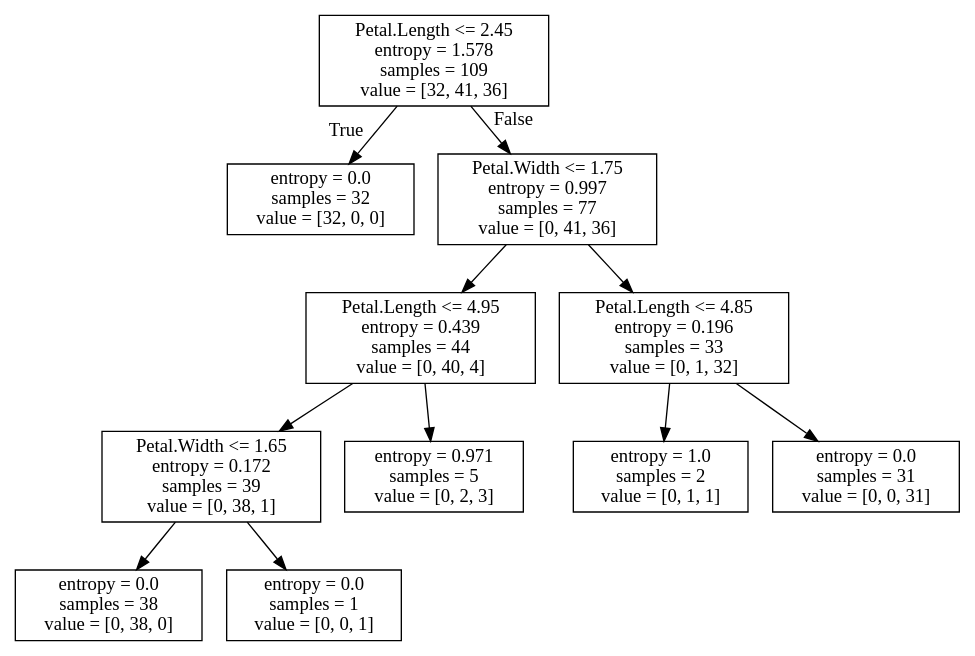
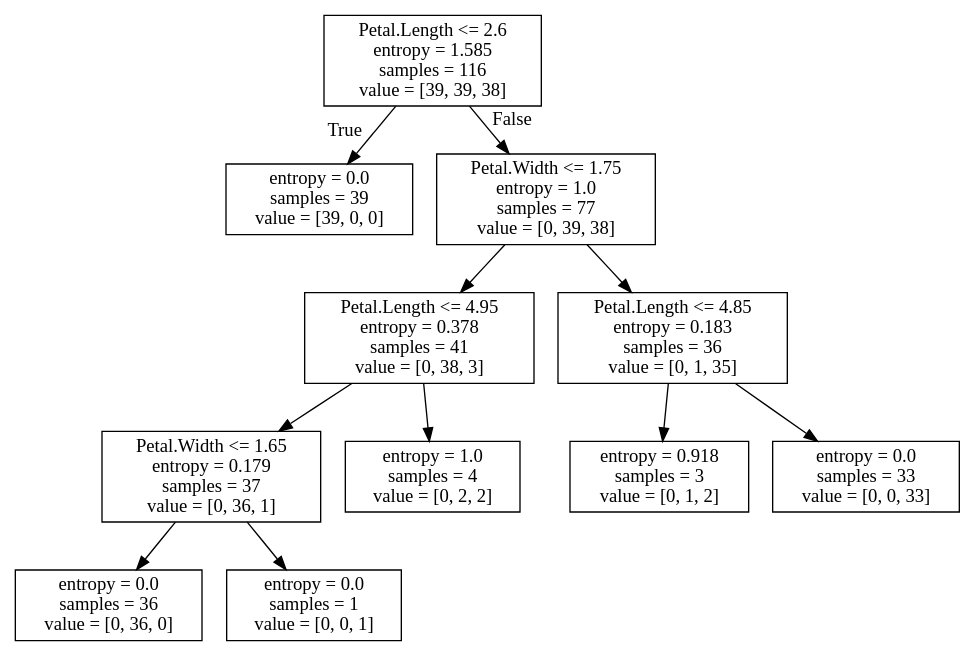
The diagram in resources/iris_tree.dot (jorgealbertogomezgomez77/Work-with-Jupyter-Notebook), drawn with Graphviz before and after one commit.

```diff
--- a/resources/iris_tree.dot
+++ b/resources/iris_tree.dot
@@ -1,24 +1,24 @@
 digraph Tree {
 node [shape=box] ;
-0 [label="Petal.Length <= 2.45\nentropy = 1.578\nsamples = 109\nvalue = [32, 41, 36]"] ;
-1 [label="entropy = 0.0\nsamples = 32\nvalue = [32, 0, 0]"] ;
+0 [label="Petal.Length <= 2.6\nentropy = 1.585\nsamples = 116\nvalue = [39, 39, 38]"] ;
+1 [label="entropy = 0.0\nsamples = 39\nvalue = [39, 0, 0]"] ;
 0 -> 1 [labeldistance=2.5, labelangle=45, headlabel="True"] ;
-2 [label="Petal.Width <= 1.75\nentropy = 0.997\nsamples = 77\nvalue = [0, 41, 36]"] ;
+2 [label="Petal.Width <= 1.75\nentropy = 1.0\nsamples = 77\nvalue = [0, 39, 38]"] ;
 0 -> 2 [labeldistance=2.5, labelangle=-45, headlabel="False"] ;
-3 [label="Petal.Length <= 4.95\nentropy = 0.439\nsamples = 44\nvalue = [0, 40, 4]"] ;
+3 [label="Petal.Length <= 4.95\nentropy = 0.378\nsamples = 41\nvalue = [0, 38, 3]"] ;
 2 -> 3 ;
-4 [label="Petal.Width <= 1.65\nentropy = 0.172\nsamples = 39\nvalue = [0, 38, 1]"] ;
+4 [label="Petal.Width <= 1.65\nentropy = 0.179\nsamples = 37\nvalue = [0, 36, 1]"] ;
 3 -> 4 ;
-5 [label="entropy = 0.0\nsamples = 38\nvalue = [0, 38, 0]"] ;
+5 [label="entropy = 0.0\nsamples = 36\nvalue = [0, 36, 0]"] ;
 4 -> 5 ;
 6 [label="entropy = 0.0\nsamples = 1\nvalue = [0, 0, 1]"] ;
 4 -> 6 ;
-7 [label="entropy = 0.971\nsamples = 5\nvalue = [0, 2, 3]"] ;
+7 [label="entropy = 1.0\nsamples = 4\nvalue = [0, 2, 2]"] ;
 3 -> 7 ;
-8 [label="Petal.Length <= 4.85\nentropy = 0.196\nsamples = 33\nvalue = [0, 1, 32]"] ;
+8 [label="Petal.Length <= 4.85\nentropy = 0.183\nsamples = 36\nvalue = [0, 1, 35]"] ;
 2 -> 8 ;
-9 [label="entropy = 1.0\nsamples = 2\nvalue = [0, 1, 1]"] ;
+9 [label="entropy = 0.918\nsamples = 3\nvalue = [0, 1, 2]"] ;
 8 -> 9 ;
-10 [label="entropy = 0.0\nsamples = 31\nvalue = [0, 0, 31]"] ;
+10 [label="entropy = 0.0\nsamples = 33\nvalue = [0, 0, 33]"] ;
 8 -> 10 ;
 }
```
